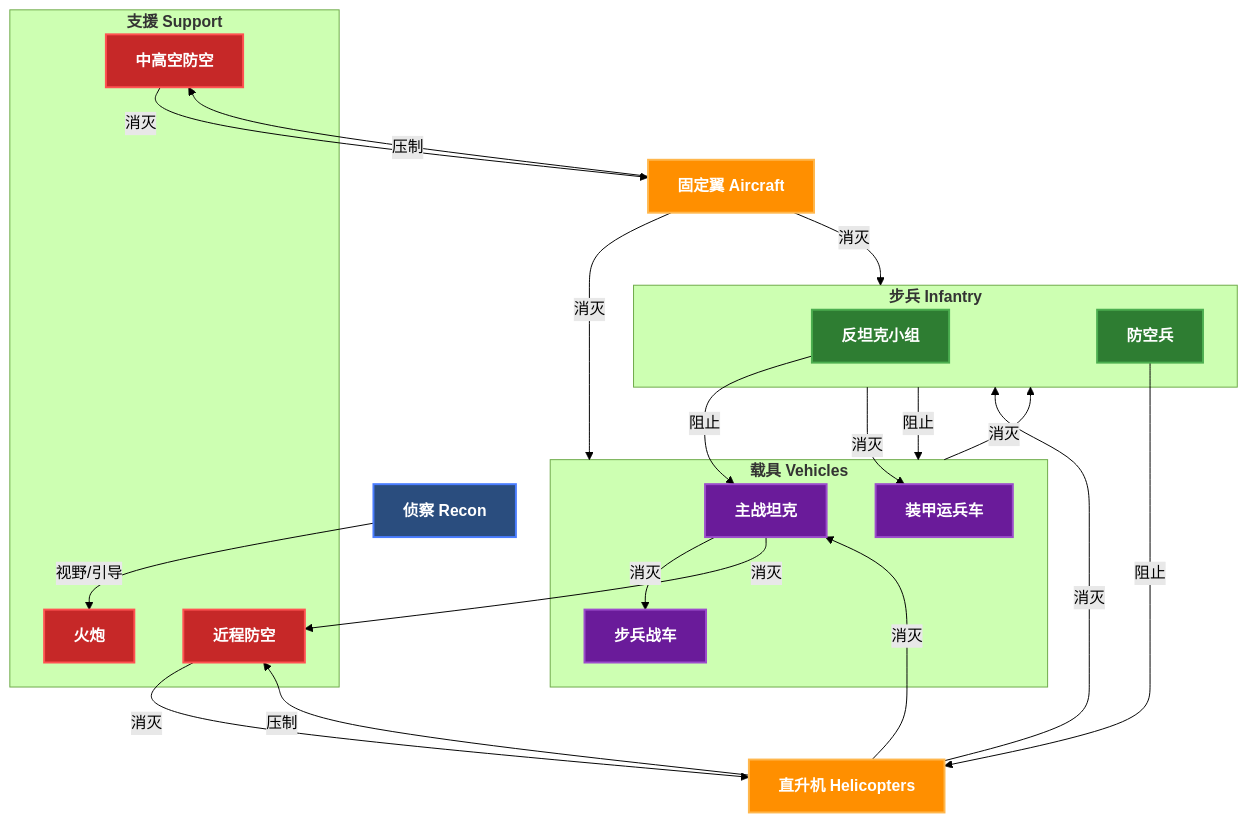
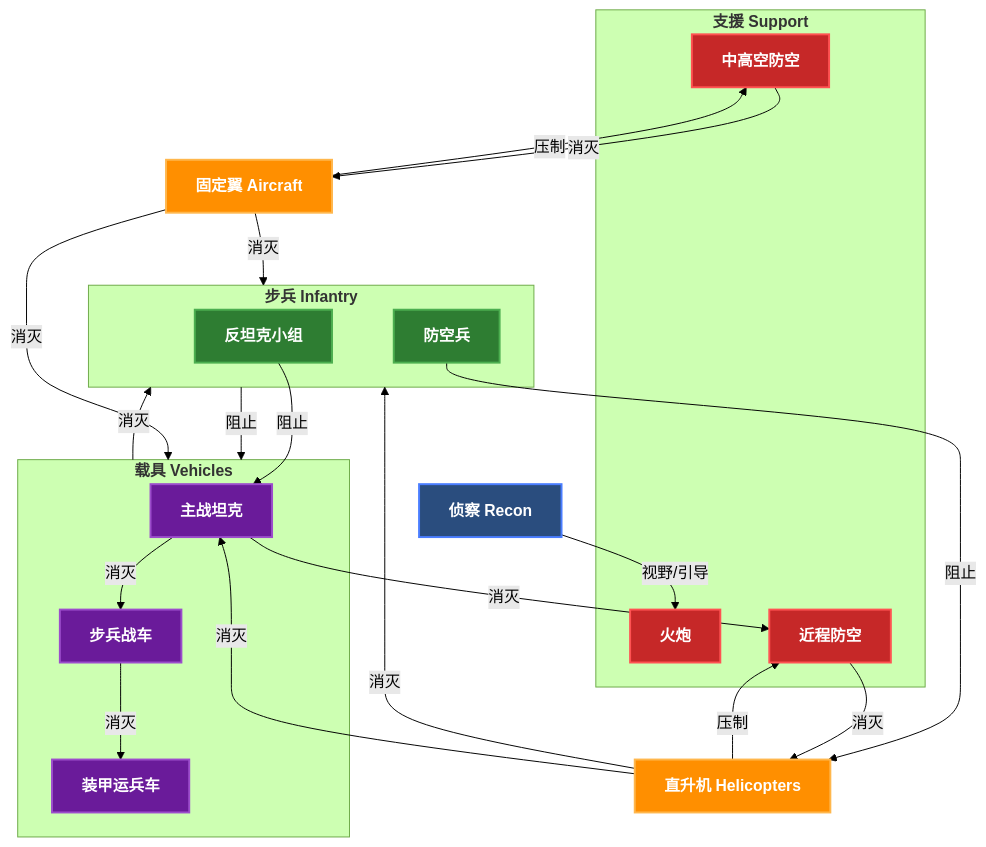
Before and after one commit to ShenMian/notes: the first of 3 diagrams in docs/其他/游戏/评价/Broken_Arrow.md, drawn with Mermaid (forest theme).

````diff
--- a/docs/其他/游戏/评价/Broken_Arrow.md
+++ b/docs/其他/游戏/评价/Broken_Arrow.md
@@ -32,50 +32,50 @@
 ```mermaid
 flowchart TD
     RECON["<b>侦察 Recon</b>"]:::recon
     RECON -->|视野/引导| ARTY
 
     subgraph INF["<b>步兵 Infantry</b>"]
         ATGM["<b>反坦克小组</b>"]:::infantry
         AA_INF["<b>防空兵</b>"]:::infantry
     end
 
     ATGM -->|阻止| MBT
     AA_INF -->|阻止| HELI
 
     subgraph VEH["<b>载具 Vehicles</b>"]
         MBT["<b>主战坦克</b>"]:::vehicle
         IFV["<b>步兵战车</b>"]:::vehicle
         APC["<b>装甲运兵车</b>"]:::vehicle
     end
 
     MBT -->|消灭| IFV
-    INF -->|消灭| APC
+    IFV -->|消灭| APC
     MBT -->|消灭| SHORAD
     VEH -->|消灭| INF
     INF -->|阻止| VEH
 
     subgraph SUP["<b>支援 Support</b>"]
         ARTY["<b>火炮</b>"]:::support
         SHORAD["<b>近程防空</b>"]:::support
         HIMAD["<b>中高空防空</b>"]:::support
     end
 
     SHORAD -->|消灭| HELI
     HIMAD -->|消灭| JET
 
     HELI["<b>直升机 Helicopters</b>"]:::aircraft
     HELI -->|消灭| MBT
     HELI -->|消灭| INF
     HELI -->|压制| SHORAD
 
     JET["<b>固定翼 Aircraft</b>"]:::aircraft
     JET -->|消灭| VEH
     JET -->|消灭| INF
     JET -->|压制| HIMAD
 
     classDef recon fill:#2a4d7e,stroke:#4a7dff,stroke-width:2px,color:#fff
     classDef infantry fill:#2e7d32,stroke:#4caf50,stroke-width:2px,color:#fff
     classDef support fill:#c62828,stroke:#ff5252,stroke-width:2px,color:#fff
     classDef vehicle fill:#6a1b9a,stroke:#9c4dcc,stroke-width:2px,color:#fff
     classDef aircraft fill:#ff8f00,stroke:#ffb74d,stroke-width:2px,color:#fff
 ```
````
